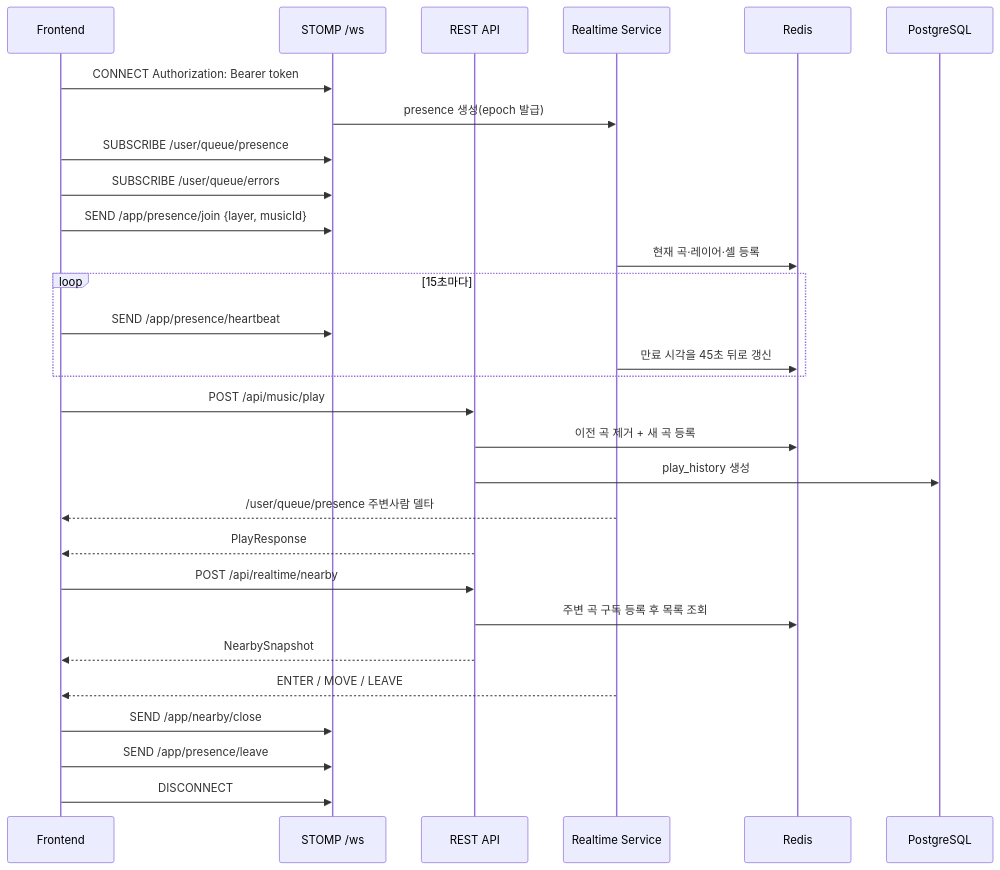
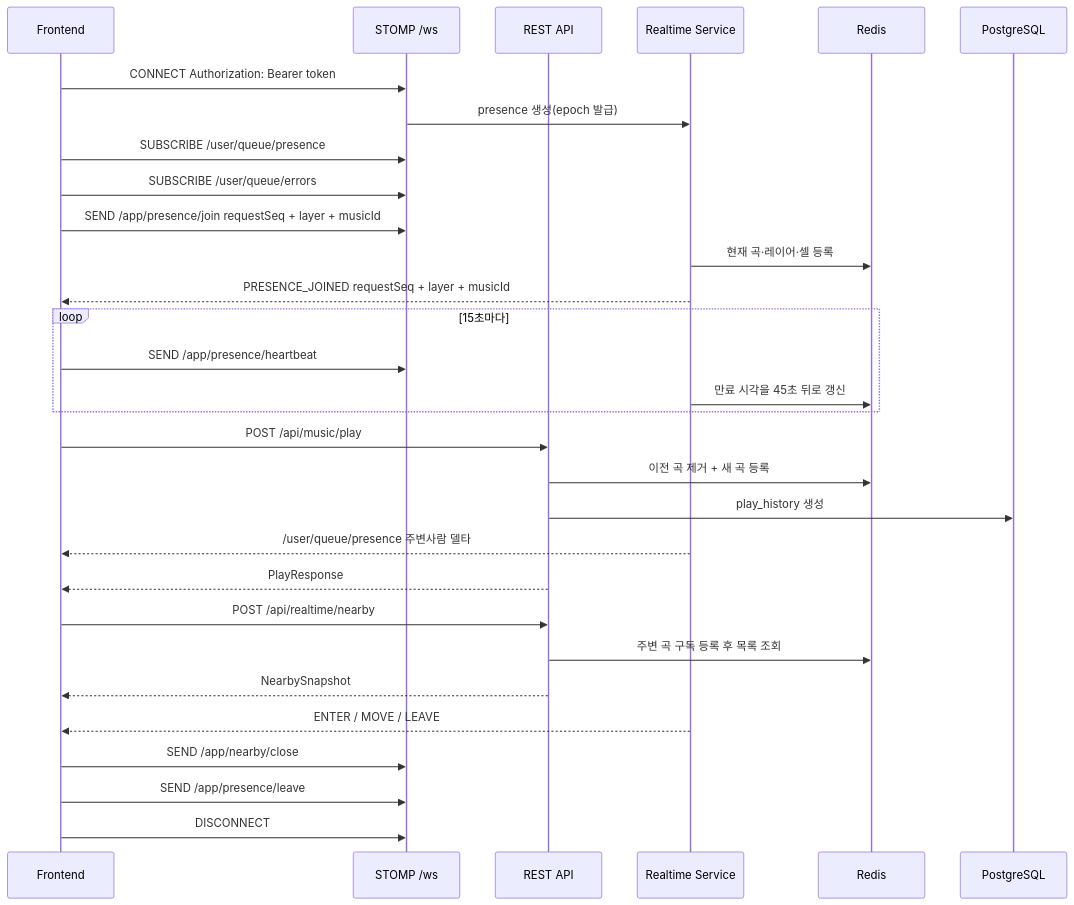
The first of 2 diagrams in specs/jiwon-001-realtime-presence-nearby/frontend-integration-guide.md (jeayoung98/ody), drawn with Mermaid before and after one commit. The commit also changed other lines of this file and 28 other files, not shown here.

````diff
--- a/specs/jiwon-001-realtime-presence-nearby/frontend-integration-guide.md
+++ b/specs/jiwon-001-realtime-presence-nearby/frontend-integration-guide.md
@@ -77,36 +77,37 @@
 ```mermaid
 sequenceDiagram
     participant FE as Frontend
     participant WS as STOMP /ws
     participant REST as REST API
     participant RT as Realtime Service
     participant Redis as Redis
     participant DB as PostgreSQL
 
     FE->>WS: CONNECT Authorization: Bearer token
     WS->>RT: presence 생성(epoch 발급)
     FE->>WS: SUBSCRIBE /user/queue/presence
     FE->>WS: SUBSCRIBE /user/queue/errors
-    FE->>WS: SEND /app/presence/join {layer, musicId}
+    FE->>WS: SEND /app/presence/join requestSeq + layer + musicId
     RT->>Redis: 현재 곡·레이어·셀 등록
+    RT-->>FE: PRESENCE_JOINED requestSeq + layer + musicId
 
     loop 15초마다
         FE->>WS: SEND /app/presence/heartbeat
         RT->>Redis: 만료 시각을 45초 뒤로 갱신
     end
 
     FE->>REST: POST /api/music/play
     REST->>Redis: 이전 곡 제거 + 새 곡 등록
     REST->>DB: play_history 생성
     RT-->>FE: /user/queue/presence 주변사람 델타
     REST-->>FE: PlayResponse
 
     FE->>REST: POST /api/realtime/nearby
     REST->>Redis: 주변 곡 구독 등록 후 목록 조회
     REST-->>FE: NearbySnapshot
     RT-->>FE: ENTER / MOVE / LEAVE
 
     FE->>WS: SEND /app/nearby/close
     FE->>WS: SEND /app/presence/leave
     FE->>WS: DISCONNECT
 ```
````
